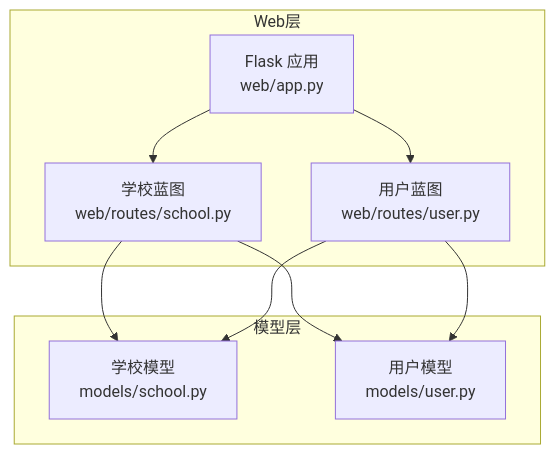
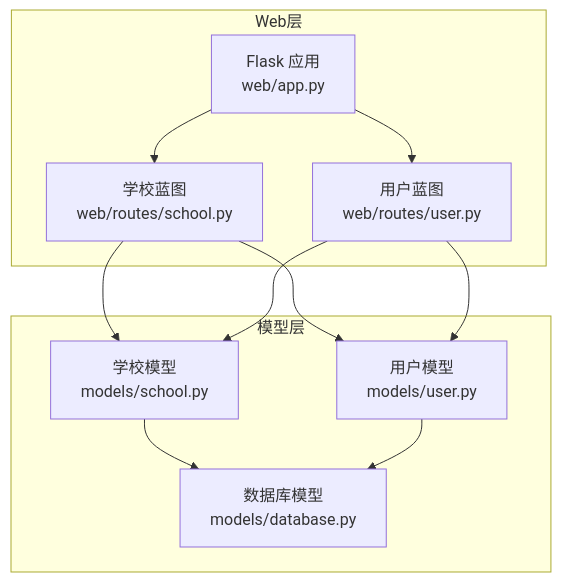
One commit to oreovan567-pixel/middle-platform-data-collector changed the first of 7 diagrams in .qoder/repowiki/zh/content/Web应用/路由系统/学校管理路由.md. Above: the diagram before and after it, drawn with Mermaid. The commit also changed other lines of this file and 11 other files, not shown here.

````diff
--- a/.qoder/repowiki/zh/content/Web应用/路由系统/学校管理路由.md
+++ b/.qoder/repowiki/zh/content/Web应用/路由系统/学校管理路由.md
@@ -34,18 +46,21 @@
 ```mermaid
 graph TB
 subgraph "Web层"
 APP["Flask 应用<br/>web/app.py"]
 SCHOOL_BP["学校蓝图<br/>web/routes/school.py"]
 USER_BP["用户蓝图<br/>web/routes/user.py"]
 end
 subgraph "模型层"
 SCHOOL_MODEL["学校模型<br/>models/school.py"]
 USER_MODEL["用户模型<br/>models/user.py"]
+DB_MODEL["数据库模型<br/>models/database.py"]
 end
 APP --> SCHOOL_BP
 APP --> USER_BP
 SCHOOL_BP --> SCHOOL_MODEL
 SCHOOL_BP --> USER_MODEL
 USER_BP --> SCHOOL_MODEL
 USER_BP --> USER_MODEL
+SCHOOL_MODEL --> DB_MODEL
+USER_MODEL --> DB_MODEL
 ```
````
